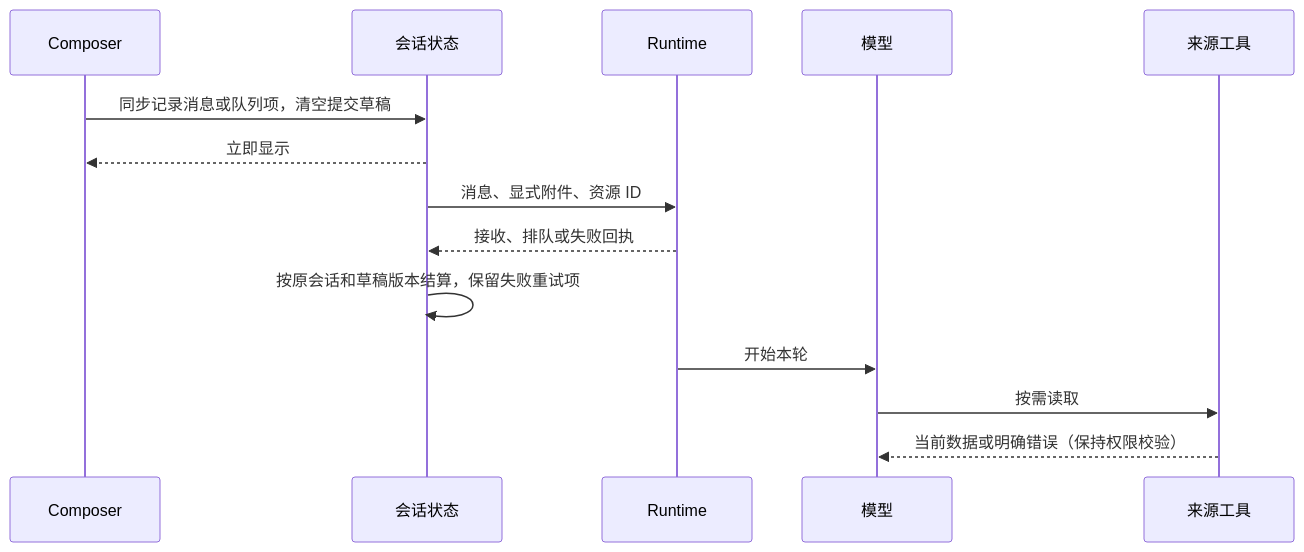
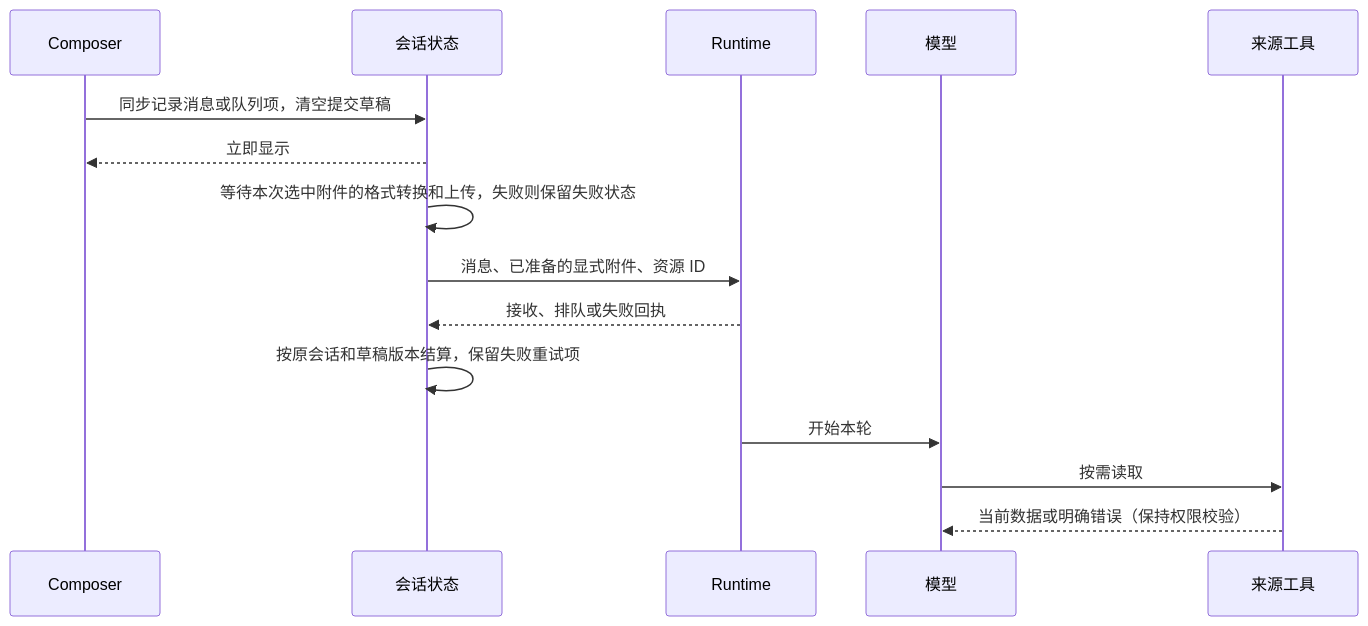
The third of 3 diagrams in docs/zh/wework/developer-guide/wework-chat-state-sources.md (wecode-ai/Wegent), drawn with Mermaid before and after one commit. The commit also changed other lines of this file and 20 other files, not shown here.

````diff
--- a/docs/zh/wework/developer-guide/wework-chat-state-sources.md
+++ b/docs/zh/wework/developer-guide/wework-chat-state-sources.md
@@ -510,16 +512,17 @@
 ```mermaid
 sequenceDiagram
     participant C as Composer
     participant S as 会话状态
     participant R as Runtime
     participant M as 模型
     participant T as 来源工具
     C->>S: 同步记录消息或队列项，清空提交草稿
     S-->>C: 立即显示
-    S->>R: 消息、显式附件、资源 ID
+    S->>S: 等待本次选中附件的格式转换和上传，失败则保留失败状态
+    S->>R: 消息、已准备的显式附件、资源 ID
     R-->>S: 接收、排队或失败回执
     S->>S: 按原会话和草稿版本结算，保留失败重试项
     R->>M: 开始本轮
     M->>T: 按需读取
     T-->>M: 当前数据或明确错误（保持权限校验）
 ```
````
